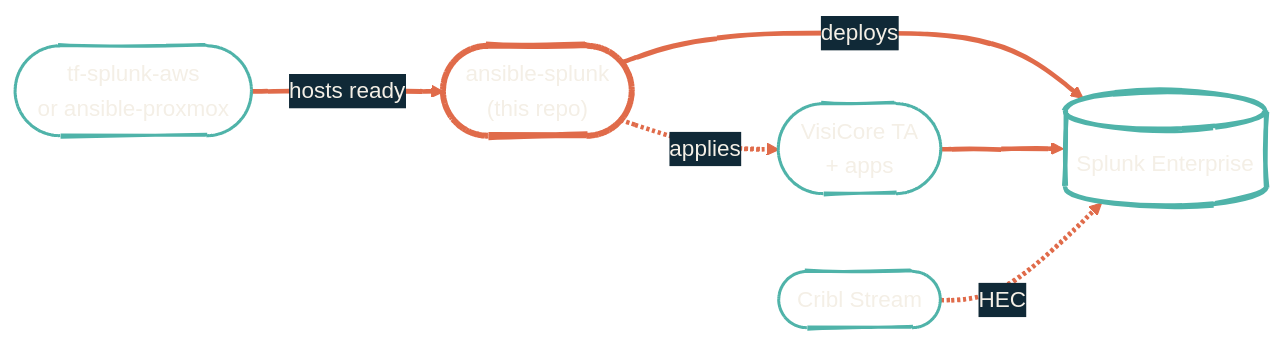
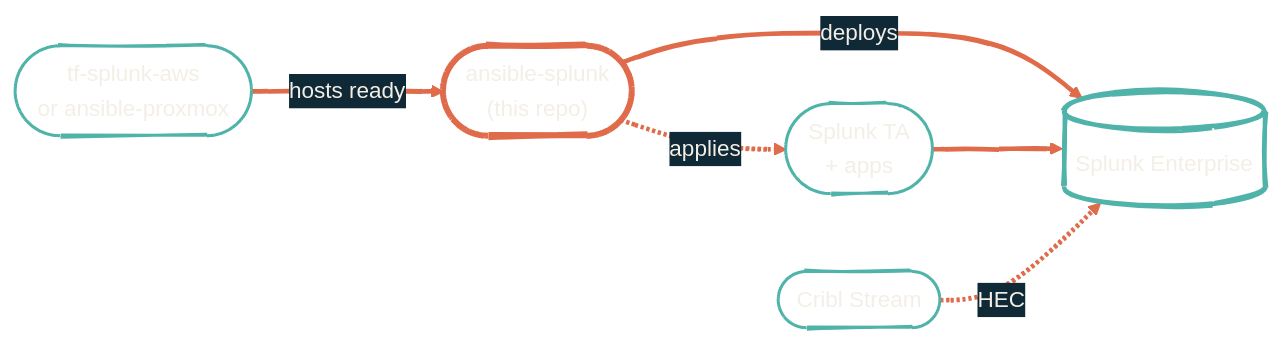
Before and after one commit to dryvist/docs: the diagram in observability/ansible-splunk.mdx, drawn with Mermaid. The commit also changed other lines of this file and 26 other files, not shown here.

````diff
--- a/observability/ansible-splunk.mdx
+++ b/observability/ansible-splunk.mdx
@@ -25,17 +25,17 @@
 ```mermaid
 %%{init: {'theme':'base','look':'handDrawn','themeVariables':{'primaryColor':'#4FB3A9','primaryTextColor':'#F4EFE6','primaryBorderColor':'#2F7E78','lineColor':'#E06B4A','secondaryColor':'#102937','tertiaryColor':'#0B1D2A','clusterBkg':'transparent','clusterBorder':'#4FB3A9','fontFamily':'Geist','fontSize':'15px'}}}%%
 flowchart LR
   TFS(["tf-splunk-aws<br/>or ansible-proxmox"]) -->|hosts ready| AS(["ansible-splunk<br/>(this repo)"])
   AS -->|deploys| SP[("Splunk Enterprise")]
-  AS -.applies.-> Bundles(["VisiCore TA<br/>+ apps"])
+  AS -.applies.-> Bundles(["Splunk TA<br/>+ apps"])
   Bundles --> SP
   Stream(["Cribl Stream"]) -.HEC.-> SP
 
   style TFS fill:transparent,stroke:#4FB3A9,stroke-width:2px,color:#F4EFE6
   style AS fill:transparent,stroke:#E06B4A,stroke-width:4px,color:#F4EFE6
   style SP fill:transparent,stroke:#4FB3A9,stroke-width:3px,color:#F4EFE6
   style Bundles fill:transparent,stroke:#4FB3A9,stroke-width:2px,color:#F4EFE6
   style Stream fill:transparent,stroke:#4FB3A9,stroke-width:2px,color:#F4EFE6
 
   linkStyle default stroke:#E06B4A,stroke-width:3px
 ```
````
